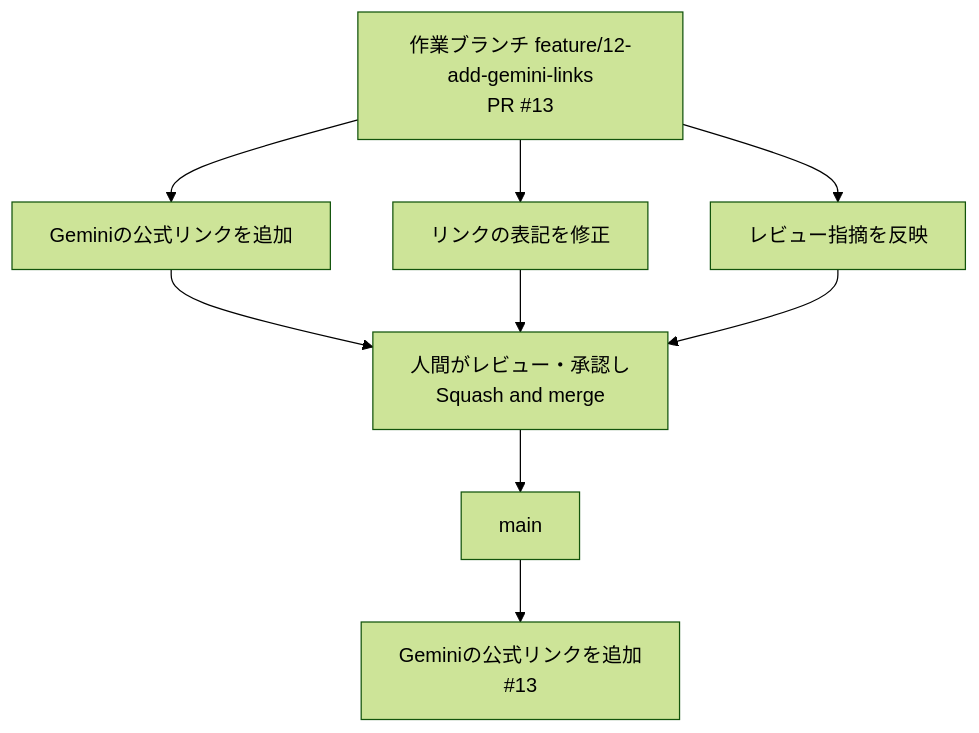
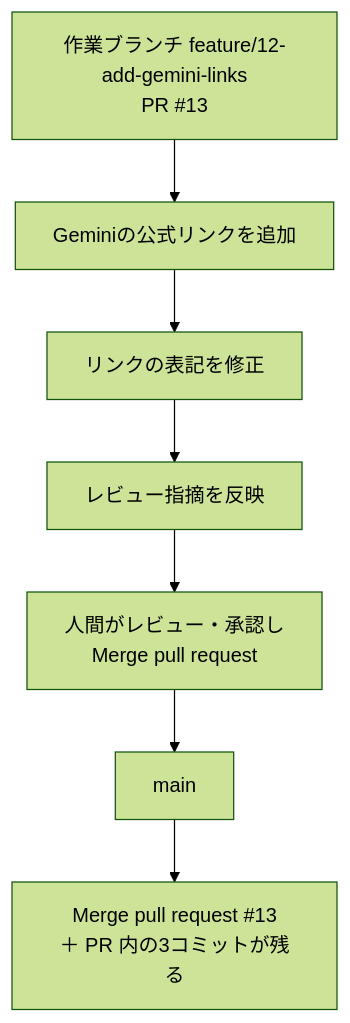
One commit to takashi-kawamoto/ai-tools-official-links changed the third of 3 diagrams in ai/branch-rules.md. Above: the diagram before and after it, drawn with Mermaid (forest theme). The commit also changed other lines of this file and 1 other file, not shown here.

First line of the commit message:
マージ方法をMerge pull requestに変更

````diff
--- a/ai/branch-rules.md
+++ b/ai/branch-rules.md
@@ -272,12 +274,10 @@
 ```mermaid
 flowchart TD
     A[作業ブランチ feature/12-add-gemini-links<br>PR #13]
     A --> A1[Geminiの公式リンクを追加]
-    A --> A2[リンクの表記を修正]
-    A --> A3[レビュー指摘を反映]
-    A1 --> B[人間がレビュー・承認し<br>Squash and merge]
-    A2 --> B
-    A3 --> B
+    A1 --> A2[リンクの表記を修正]
+    A2 --> A3[レビュー指摘を反映]
+    A3 --> B[人間がレビュー・承認し<br>Merge pull request]
     B --> C[main]
-    C --> D[Geminiの公式リンクを追加<br>#13]
+    C --> D[Merge pull request #13<br>＋ PR 内の3コミットが残る]
 ```
````
